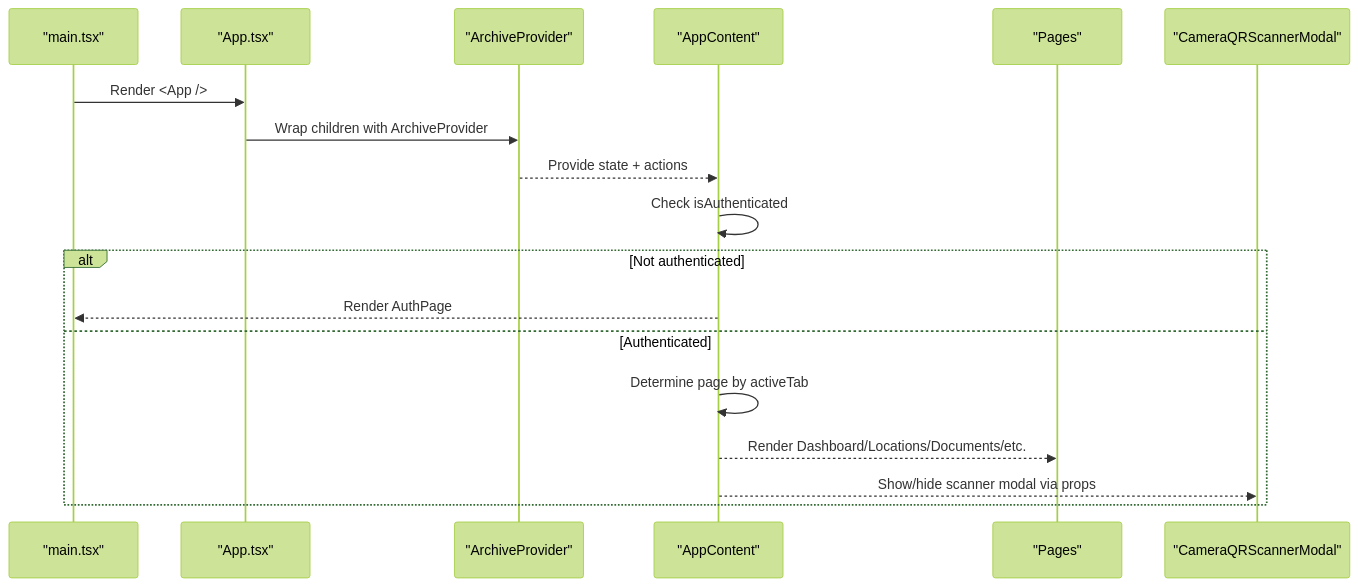
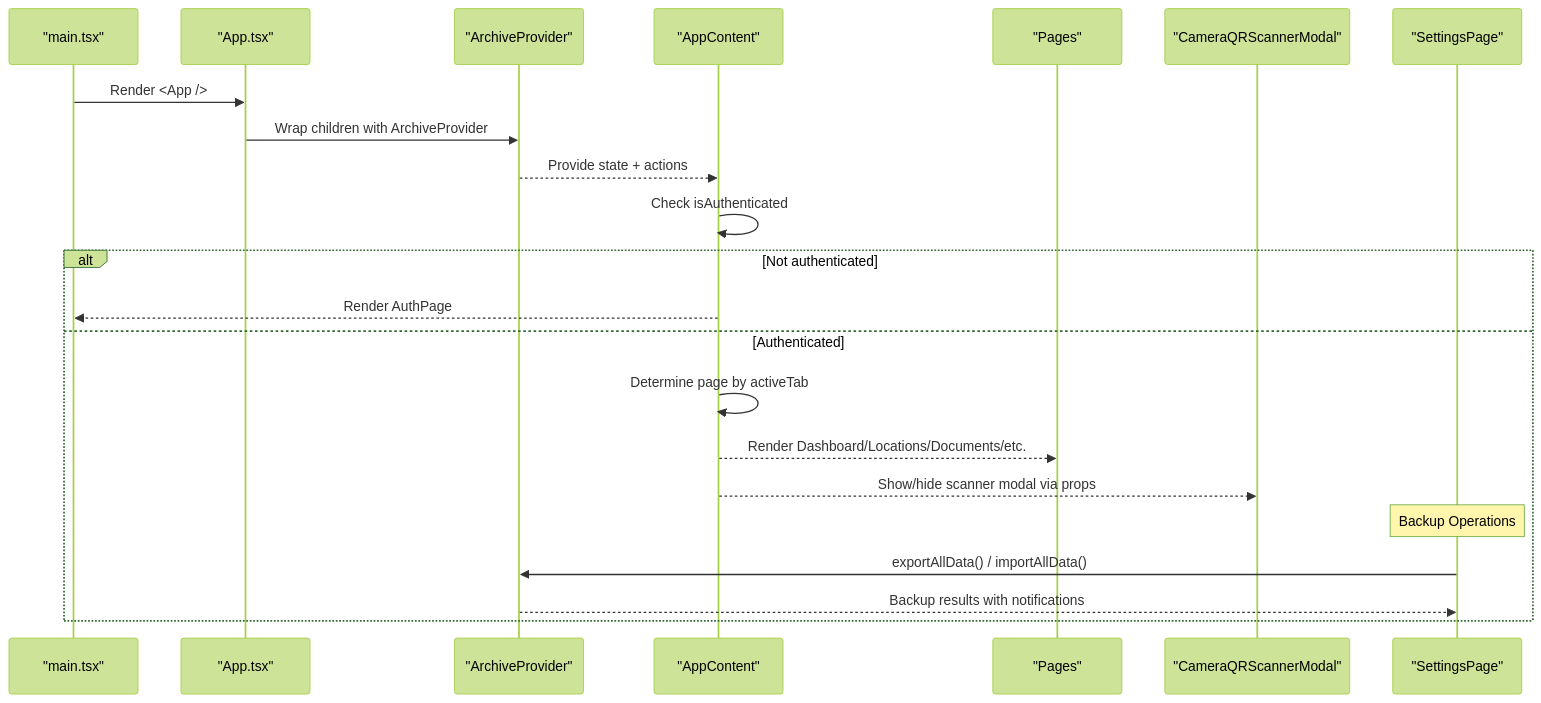
The second of 3 diagrams in .qoder/repowiki/en/content/System Architecture/Component Architecture/Application Root & State Management.md (djahasiel101600/archivehub), drawn with Mermaid (forest theme) before and after one commit. The commit also changed other lines of this file and 48 other files, not shown here.

````diff
--- a/.qoder/repowiki/en/content/System Architecture/Component Architecture/Application Root & State Management.md
+++ b/.qoder/repowiki/en/content/System Architecture/Component Architecture/Application Root & State Management.md
@@ -92,20 +107,24 @@
 ```mermaid
 sequenceDiagram
 participant Entry as "main.tsx"
 participant App as "App.tsx"
 participant Provider as "ArchiveProvider"
 participant Content as "AppContent"
 participant Pages as "Pages"
 participant Modal as "CameraQRScannerModal"
+participant Settings as "SettingsPage"
 Entry->>App : Render <App />
 App->>Provider : Wrap children with ArchiveProvider
 Provider-->>Content : Provide state + actions
 Content->>Content : Check isAuthenticated
 alt Not authenticated
 Content-->>Entry : Render AuthPage
 else Authenticated
 Content->>Content : Determine page by activeTab
 Content-->>Pages : Render Dashboard/Locations/Documents/etc.
 Content-->>Modal : Show/hide scanner modal via props
+Note over Settings : Backup Operations
+Settings->>Provider : exportAllData() / importAllData()
+Provider-->>Settings : Backup results with notifications
 end
 ```
````
